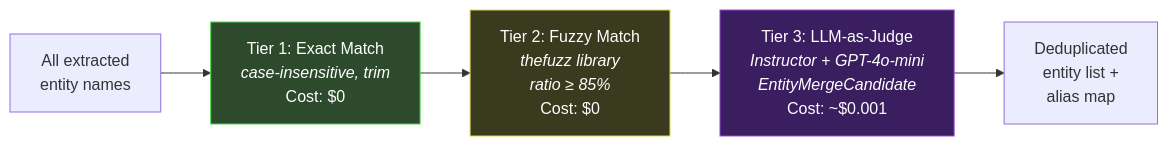
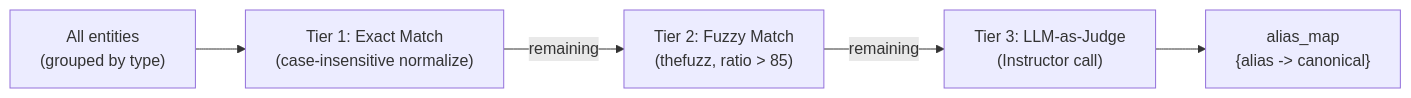
Before and after one commit to xairon/WorldRAG: the sixth of 8 diagrams in docs/extraction-pipeline.md, drawn with Mermaid. The commit also changed other lines of this file, not shown here.

````diff
--- a/docs/extraction-pipeline.md
+++ b/docs/extraction-pipeline.md
@@ -399,14 +570,10 @@
 ```mermaid
 flowchart LR
-    Input["All extracted<br/>entity names"]
-    T1["Tier 1: Exact Match<br/><i>case-insensitive, trim</i><br/>Cost: $0"]
-    T2["Tier 2: Fuzzy Match<br/><i>thefuzz library</i><br/><i>ratio ≥ 85%</i><br/>Cost: $0"]
-    T3["Tier 3: LLM-as-Judge<br/><i>Instructor + GPT-4o-mini</i><br/><i>EntityMergeCandidate</i><br/>Cost: ~$0.001"]
-    Output["Deduplicated<br/>entity list +<br/>alias map"]
+    Input["All entities<br/>(grouped by type)"]
+    T1["Tier 1: Exact Match<br/>(case-insensitive normalize)"]
+    T2["Tier 2: Fuzzy Match<br/>(thefuzz, ratio > 85)"]
+    T3["Tier 3: LLM-as-Judge<br/>(Instructor call)"]
+    Output["alias_map<br/>{alias -> canonical}"]
 
-    Input --> T1 --> T2 --> T3 --> Output
-
-    style T1 fill:#2d4a2d,stroke:#4ad94a,color:#fff
-    style T2 fill:#3a3a1e,stroke:#d9d94a,color:#fff
-    style T3 fill:#3a1e5f,stroke:#9a4ad9,color:#fff
+    Input --> T1 -->|"remaining"| T2 -->|"remaining"| T3 --> Output
 ```
````
